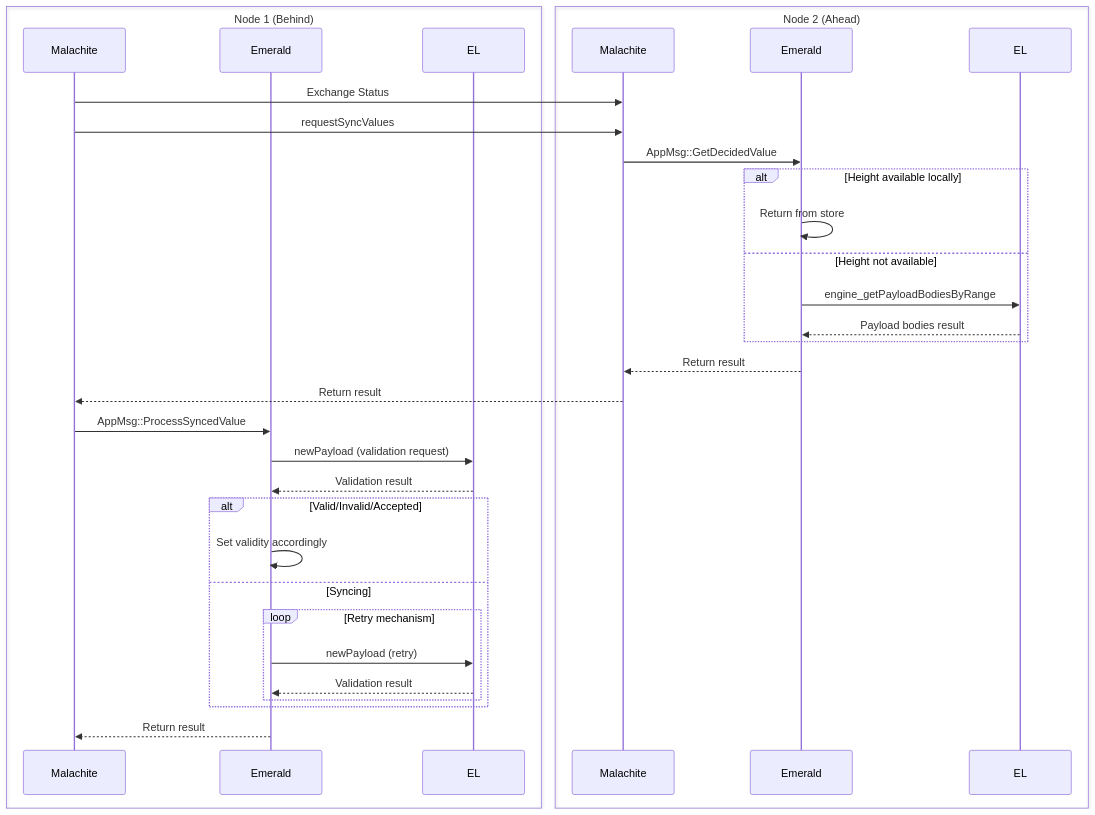
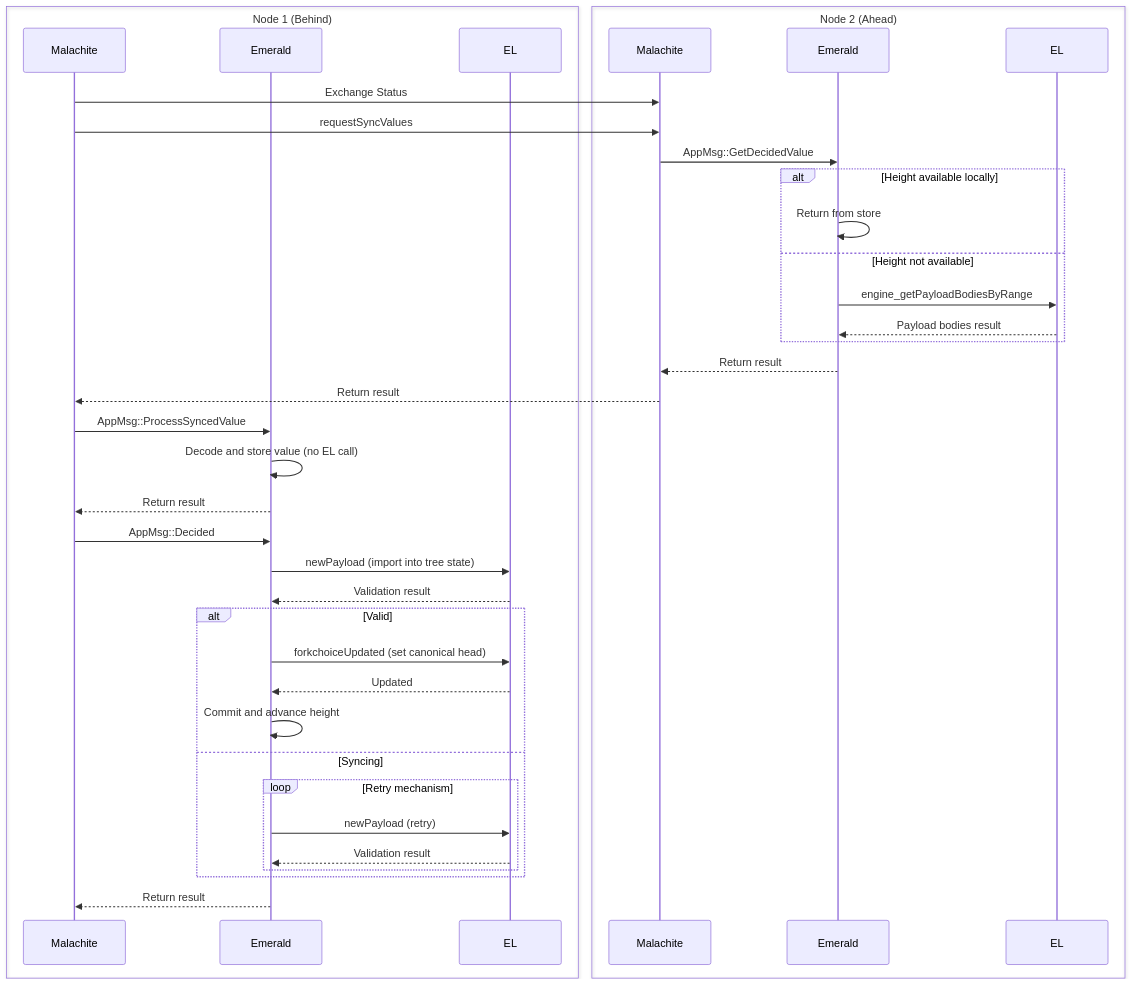
Before and after one commit to informalsystems/emerald: the diagram in docs/operational-docs/src/architecture/syncing.md, drawn with Mermaid. The commit also changed other lines of this file, not shown here.

Commit message:
ProcessSyncedValue no longer calls newPayload

````diff
--- a/docs/operational-docs/src/architecture/syncing.md
+++ b/docs/operational-docs/src/architecture/syncing.md
@@ -39,43 +39,49 @@
 ```mermaid
 sequenceDiagram
     box Node 1 (Behind)
         participant M1 as Malachite
         participant E1 as Emerald
         participant EC1 as EL
     end
     box Node 2 (Ahead)
         participant M2 as Malachite
         participant E2 as Emerald
         participant EC2 as EL
     end
 
     M1->>M2: Exchange Status
     M1->>M2: requestSyncValues
 
     M2->>E2: AppMsg::GetDecidedValue
 
     alt Height available locally
         E2->>E2: Return from store
     else Height not available
         E2->>EC2: engine_getPayloadBodiesByRange
         EC2-->>E2: Payload bodies result
     end
 
     E2-->>M2: Return result
     M2-->>M1: Return result
 
     M1->>E1: AppMsg::ProcessSyncedValue
-    E1->>EC1: newPayload (validation request)
+    E1->>E1: Decode and store value (no EL call)
+    E1-->>M1: Return result
+
+    M1->>E1: AppMsg::Decided
+    E1->>EC1: newPayload (import into tree state)
     EC1-->>E1: Validation result
 
-    alt Valid/Invalid/Accepted
-        E1->>E1: Set validity accordingly
+    alt Valid
+        E1->>EC1: forkchoiceUpdated (set canonical head)
+        EC1-->>E1: Updated
+        E1->>E1: Commit and advance height
     else Syncing
         loop Retry mechanism
             E1->>EC1: newPayload (retry)
             EC1-->>E1: Validation result
         end
     end
 
     E1-->>M1: Return result
 ```
````
